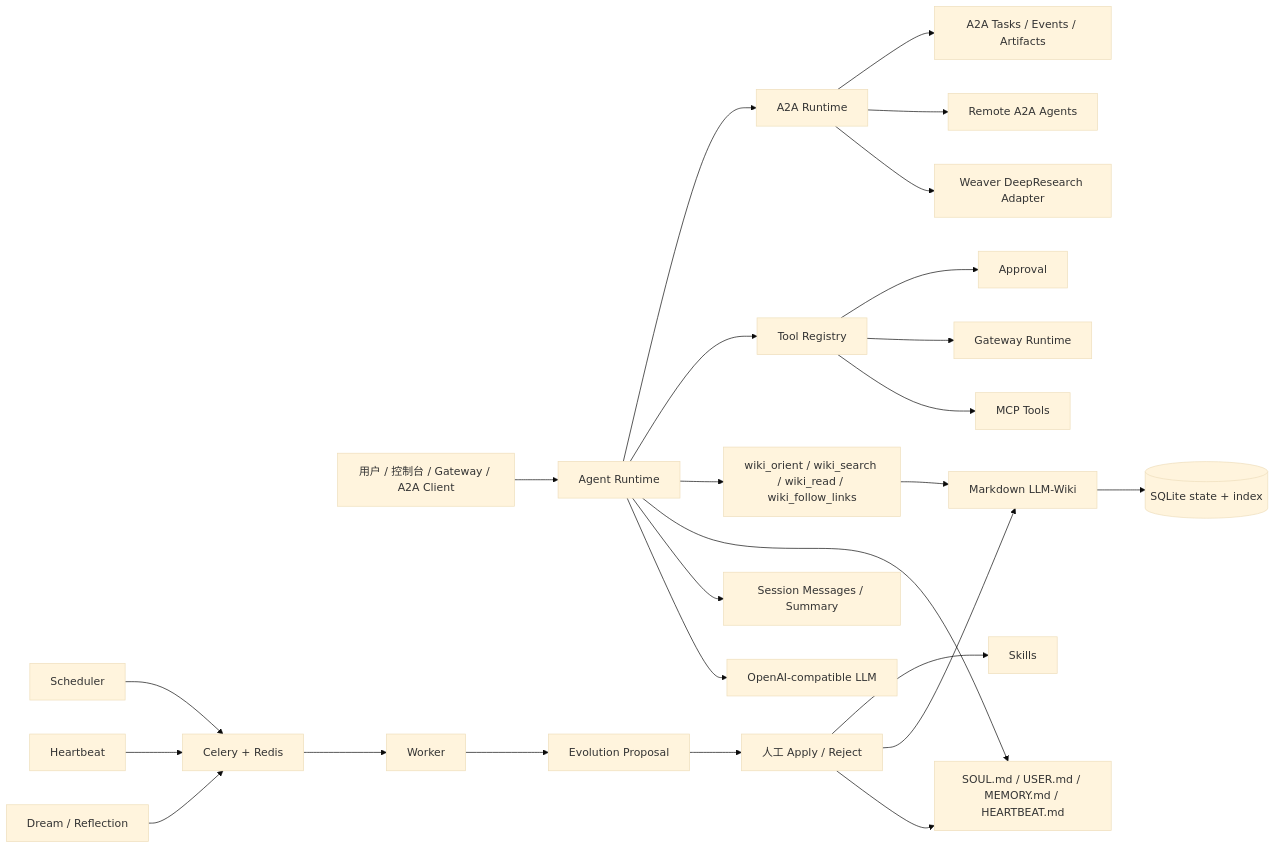
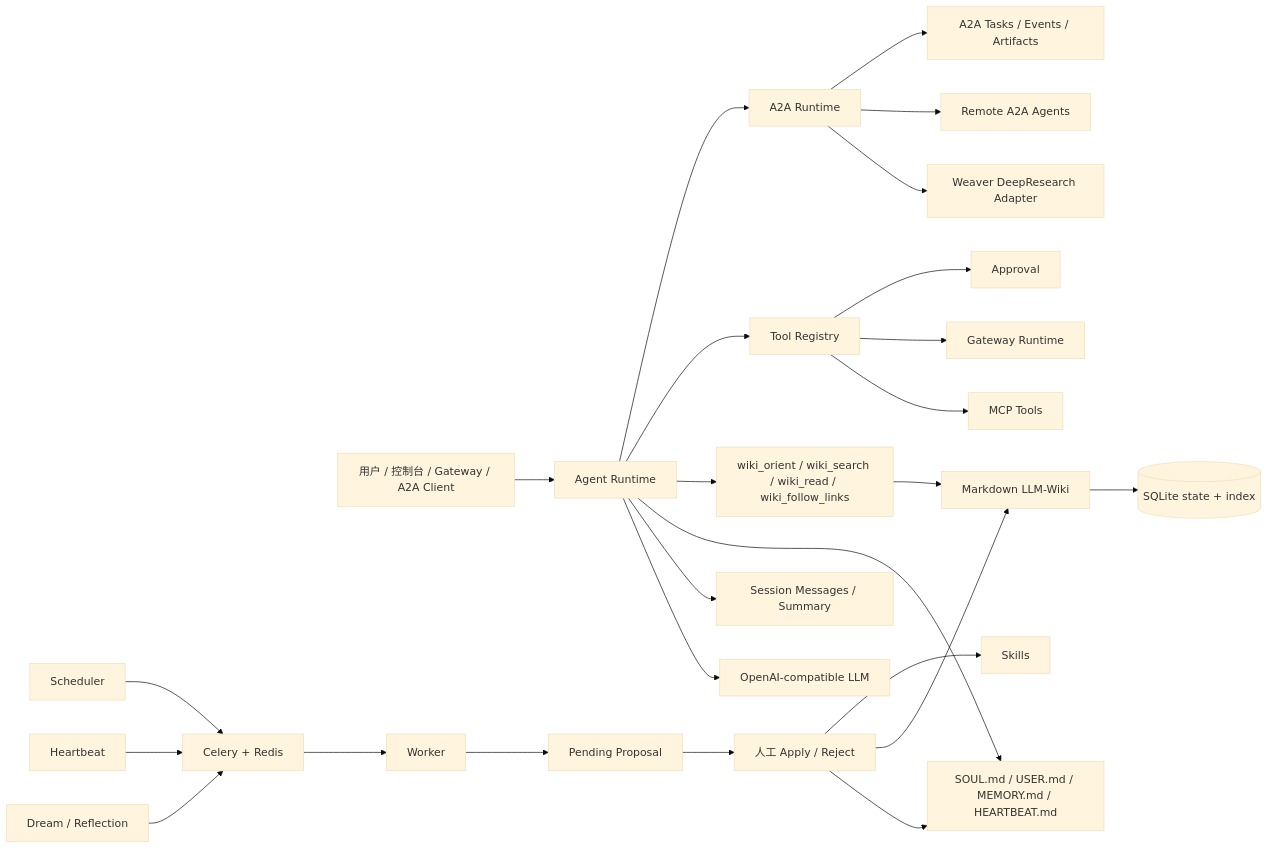
One commit to LittleSongxx/SoulClaw changed the diagram in README.md. Above: the diagram before and after it, drawn with Mermaid (base theme). The commit also changed other lines of this file and 1 other file, not shown here.

````diff
--- a/README.md
+++ b/README.md
@@ -18,27 +18,27 @@
 ```mermaid
 flowchart LR
     User[用户 / 控制台 / Gateway / A2A Client] --> Agent[Agent Runtime]
     Agent --> LLM[OpenAI-compatible LLM]
     Agent --> Conv[Session Messages / Summary]
     Agent --> Files[SOUL.md / USER.md / MEMORY.md / HEARTBEAT.md]
     Agent --> WikiTools[wiki_orient / wiki_search / wiki_read / wiki_follow_links]
     WikiTools --> Wiki[Markdown LLM-Wiki]
     Wiki --> SQLite[(SQLite state + index)]
     Agent --> Tools[Tool Registry]
     Tools --> MCP[MCP Tools]
     Tools --> Gateway[Gateway Runtime]
     Tools --> Approval[Approval]
     Agent --> A2A[A2A Runtime]
     A2A --> Weaver[Weaver DeepResearch Adapter]
     A2A --> Remote[Remote A2A Agents]
     A2A --> Artifacts[A2A Tasks / Events / Artifacts]
     Dream[Dream / Reflection] --> Queue[Celery + Redis]
     Heartbeat[Heartbeat] --> Queue
     Scheduler[Scheduler] --> Queue
     Queue --> Worker[Worker]
-    Worker --> Proposal[Evolution Proposal]
+    Worker --> Proposal[Pending Proposal]
     Proposal --> Human[人工 Apply / Reject]
     Human --> Files
     Human --> Wiki
     Human --> Skills
 ```
````
